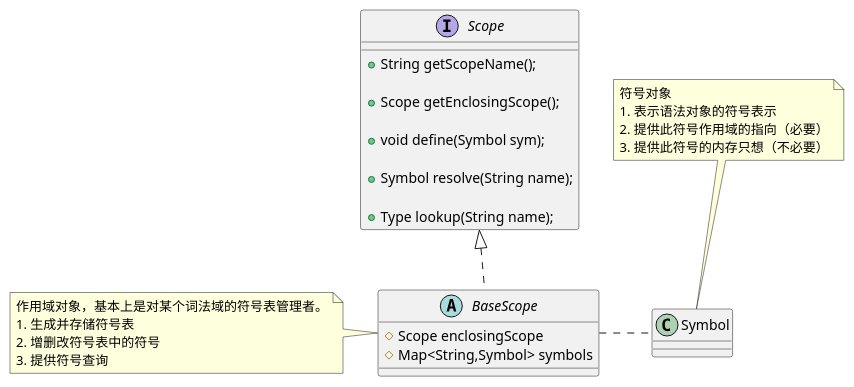
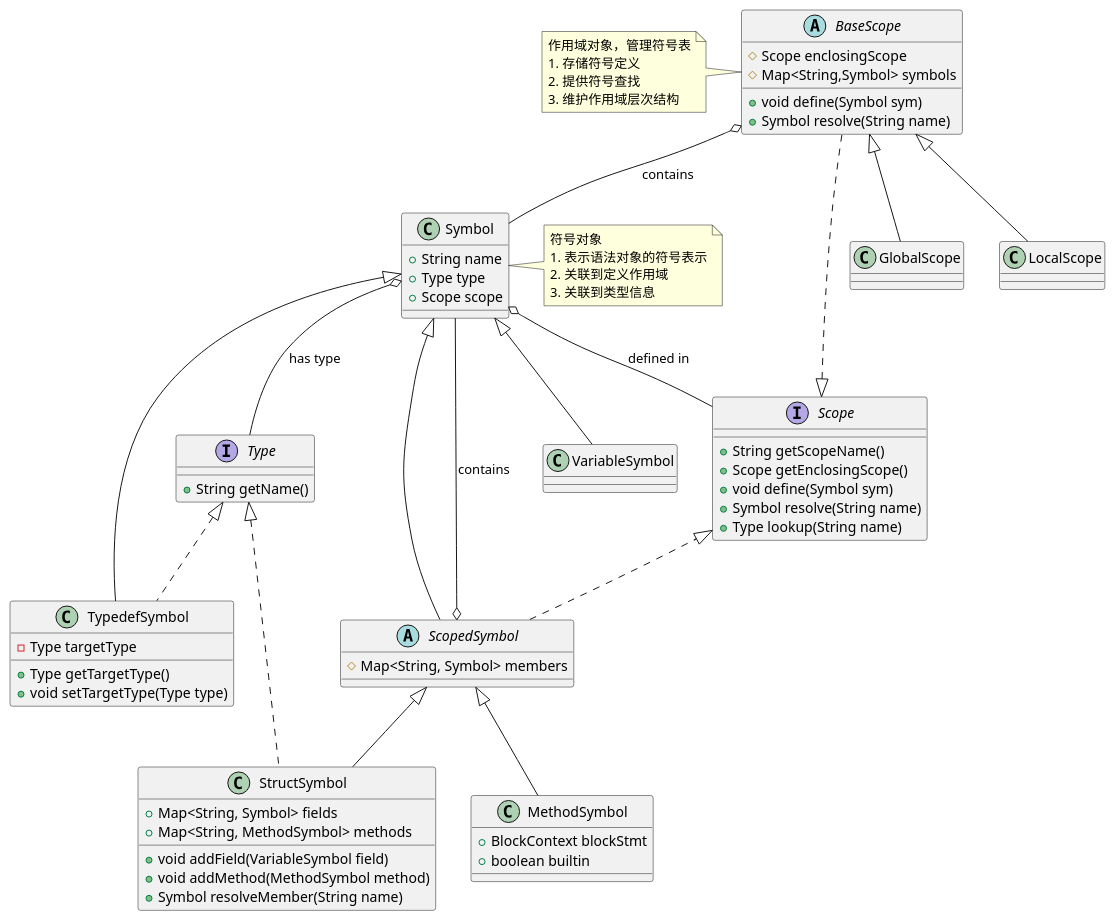
Before and after one commit to whtoo/How_to_implment_PL_in_Antlr4: the second of 5 diagrams in ep19/Design.md, drawn with PlantUML. The commit also changed other lines of this file, not shown here.

````diff
--- a/ep19/Design.md
+++ b/ep19/Design.md
@@ -17,41 +46,81 @@
 ``` plantuml
 @startuml
 
+interface Type {
+    + String getName()
+}
+
 interface Scope {
-    + String getScopeName();
-
-    + Scope getEnclosingScope();
-
-    + void define(Symbol sym);
-
-    + Symbol resolve(String name);
-
-    + Type lookup(String name);
+    + String getScopeName()
+    + Scope getEnclosingScope()
+    + void define(Symbol sym)
+    + Symbol resolve(String name)
+    + Type lookup(String name)
 }
 
 abstract class BaseScope implements Scope {
     # Scope enclosingScope
     # Map<String,Symbol> symbols
+    + void define(Symbol sym)
+    + Symbol resolve(String name)
 }
 
+class GlobalScope extends BaseScope {
+}
+
+class LocalScope extends BaseScope {
+}
+
+class Symbol {
+    + String name
+    + Type type
+    + Scope scope
+}
+
+class VariableSymbol extends Symbol {
+}
+
+class MethodSymbol extends ScopedSymbol {
+    + BlockContext blockStmt
+    + boolean builtin
+}
+
+class StructSymbol extends ScopedSymbol implements Type {
+    + Map<String, Symbol> fields
+    + Map<String, MethodSymbol> methods
+    + void addField(VariableSymbol field)
+    + void addMethod(MethodSymbol method)
+    + Symbol resolveMember(String name)
+}
+
+class TypedefSymbol extends Symbol implements Type {
+    - Type targetType
+    + Type getTargetType()
+    + void setTargetType(Type type)
+}
+
+abstract class ScopedSymbol extends Symbol implements Scope {
+    # Map<String, Symbol> members
+}
+
+BaseScope o-- Symbol : contains
+Symbol o-- Type : has type
+Symbol o-- Scope : defined in
+ScopedSymbol o-- Symbol : contains
+
 note left of BaseScope
-    作用域对象，基本上是对某个词法域的符号表管理者。
-    1. 生成并存储符号表
-    2. 增删改符号表中的符号
-    3. 提供符号查询
+    作用域对象，管理符号表
+    1. 存储符号定义
+    2. 提供符号查找
+    3. 维护作用域层次结构
 end note
 
-class Symbol {
-
-}
-
-note top of Symbol
+note right of Symbol
     符号对象
     1. 表示语法对象的符号表示
-    2. 提供此符号作用域的指向（必要）
-    3. 提供此符号的内存只想（不必要）
+    2. 关联到定义作用域
+    3. 关联到类型信息
 end note
 
-BaseScope . Symbol
 @enduml
 ```
````
